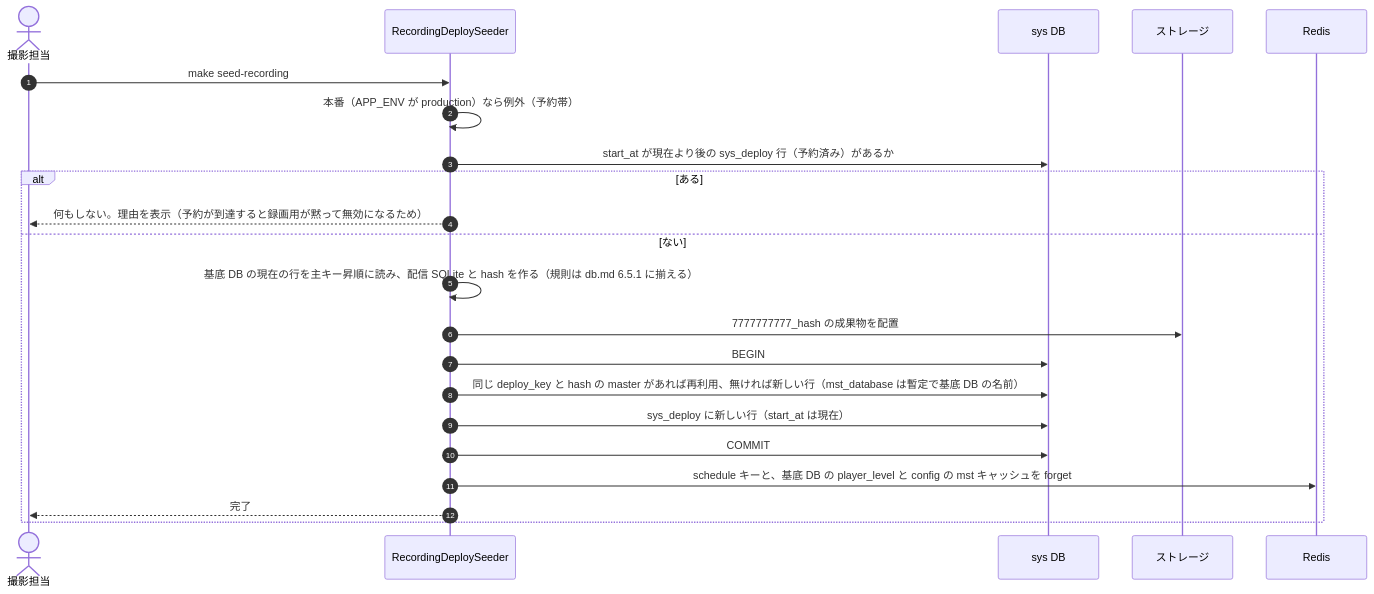
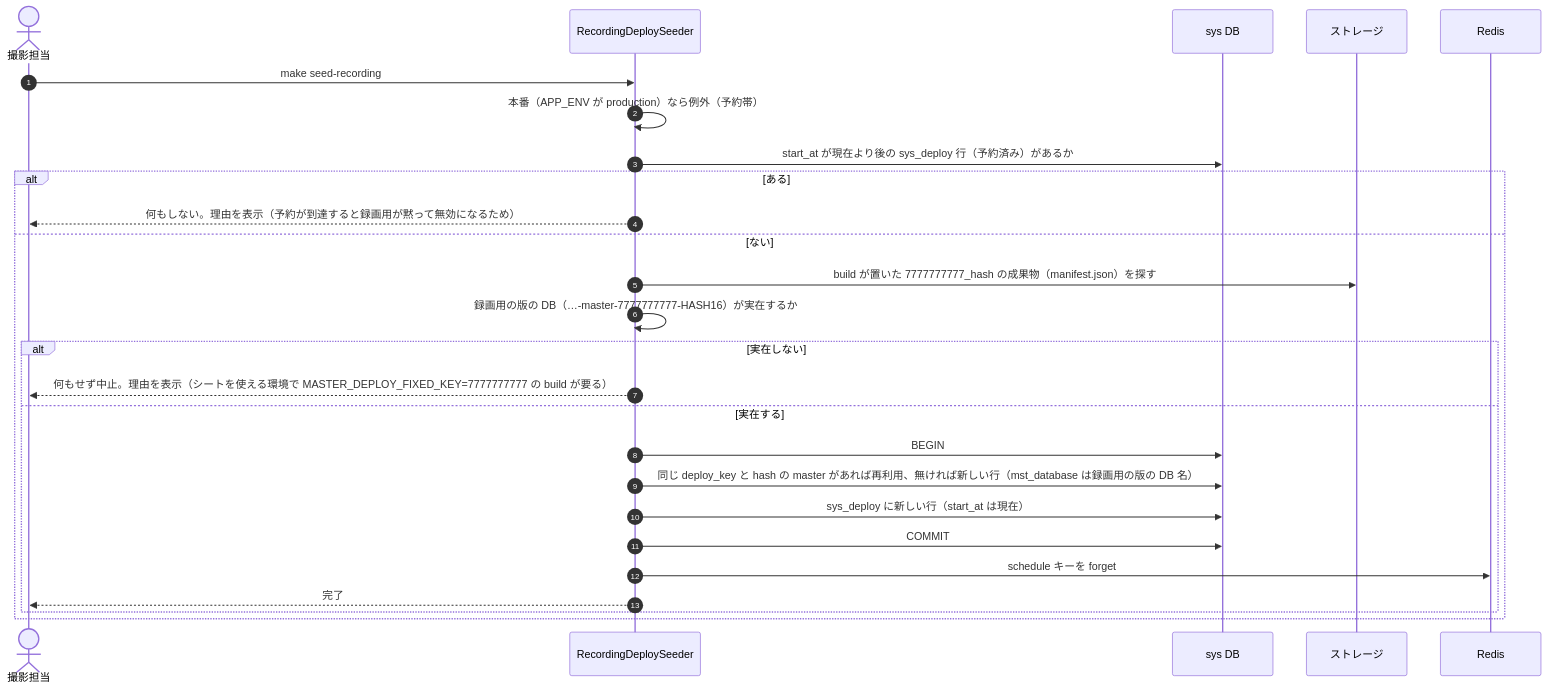
Diagram 20 of 21 in docs/design/master-distribution/sequence.md (BENieBlack/NexusMobileGameServer-Laravel), drawn with Mermaid before and after one commit. The commit also changed other lines of this file and 2 other files, not shown here.

Commit message:
docs: 録画用の版を build で作る決定（R19）・本番ストレージ（R24）・DB 権限（R38）をサーバー設計に反映する（design-change） (#56)

````diff
--- a/docs/design/master-distribution/sequence.md
+++ b/docs/design/master-distribution/sequence.md
@@ -781,25 +781,29 @@
 ```mermaid
 sequenceDiagram
     autonumber
     actor DEV as 撮影担当
     participant S as RecordingDeploySeeder
     participant SYS as sys DB
     participant ST as ストレージ
     participant RD as Redis
 
     DEV->>S: make seed-recording
     S->>S: 本番（APP_ENV が production）なら例外（予約帯）
     S->>SYS: start_at が現在より後の sys_deploy 行（予約済み）があるか
     alt ある
         S-->>DEV: 何もしない。理由を表示（予約が到達すると録画用が黙って無効になるため）
     else ない
-        S->>S: 基底 DB の現在の行を主キー昇順に読み、配信 SQLite と hash を作る（規則は db.md 6.5.1 に揃える）
-        S->>ST: 7777777777_hash の成果物を配置
+        S->>ST: build が置いた 7777777777_hash の成果物（manifest.json）を探す
+        S->>S: 録画用の版の DB（…-master-7777777777-HASH16）が実在するか
+        alt 実在しない
+            S-->>DEV: 何もせず中止。理由を表示（シートを使える環境で MASTER_DEPLOY_FIXED_KEY=7777777777 の build が要る）
+        else 実在する
         S->>SYS: BEGIN
-        S->>SYS: 同じ deploy_key と hash の master があれば再利用、無ければ新しい行（mst_database は暫定で基底 DB の名前）
+        S->>SYS: 同じ deploy_key と hash の master があれば再利用、無ければ新しい行（mst_database は録画用の版の DB 名）
         S->>SYS: sys_deploy に新しい行（start_at は現在）
         S->>SYS: COMMIT
-        S->>RD: schedule キーと、基底 DB の player_level と config の mst キャッシュを forget
+        S->>RD: schedule キーを forget
         S-->>DEV: 完了
+        end
     end
 ```
````
